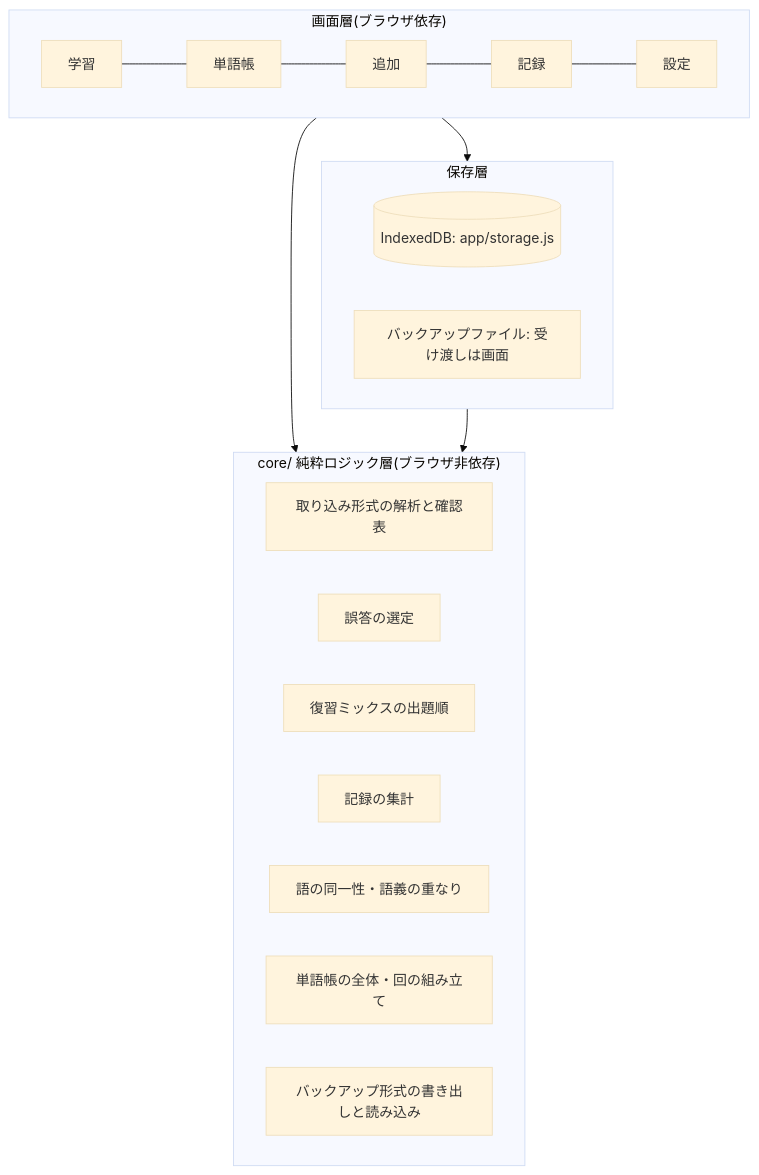
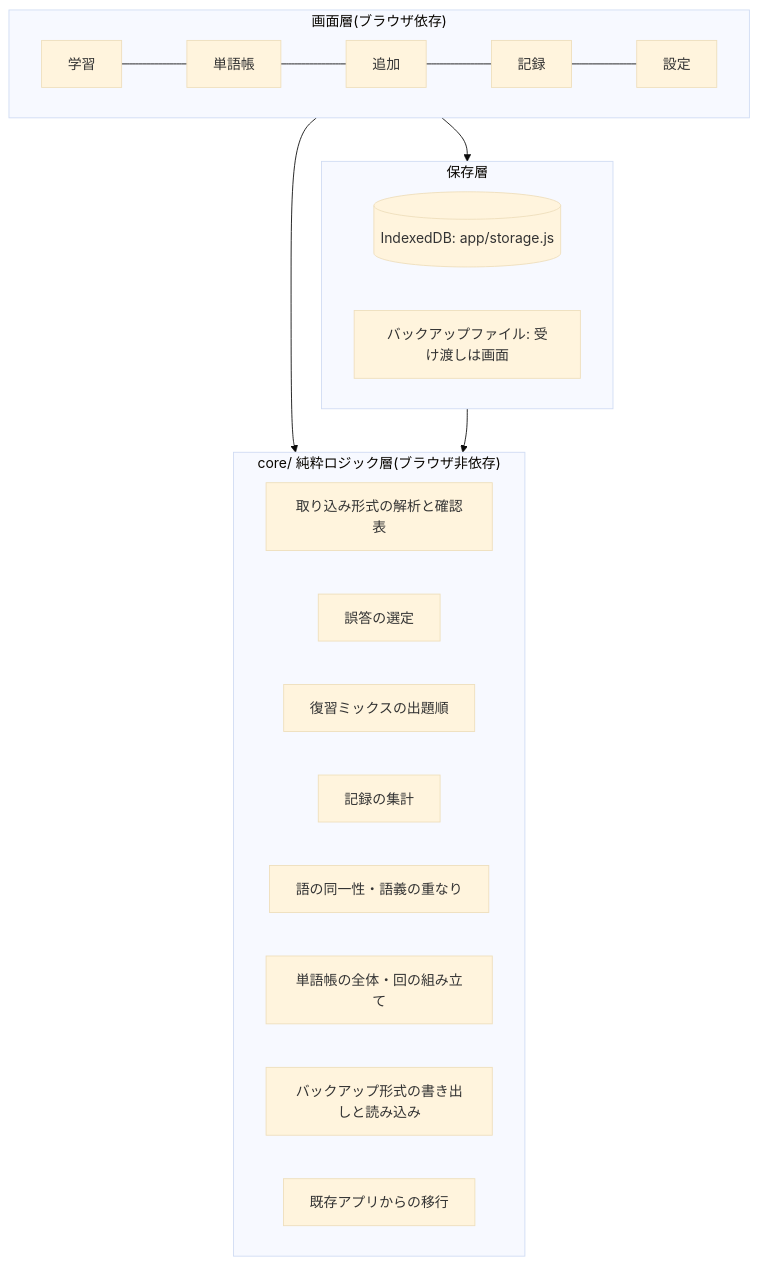
Before and after one commit to Hirano-Soura/tango-drill: the diagram in Docs/10_Design.md, drawn with Mermaid (base theme). The commit also changed other lines of this file and 10 other files, not shown here.

````diff
--- a/Docs/10_Design.md
+++ b/Docs/10_Design.md
@@ -35,25 +36,26 @@
 ```mermaid
 flowchart TB
   subgraph UI["画面層(ブラウザ依存)"]
     A[学習] --- B[単語帳]
     B --- C[追加]
     C --- D[記録]
     D --- E[設定]
   end
   subgraph CORE["core/ 純粋ロジック層(ブラウザ非依存)"]
     P[取り込み形式の解析と確認表]
     Q[誤答の選定]
     R[復習ミックスの出題順]
     S[記録の集計]
     T[語の同一性・語義の重なり]
     K[単語帳の全体・回の組み立て]
     V[バックアップ形式の書き出しと読み込み]
+    M[既存アプリからの移行]
   end
   subgraph STORE["保存層"]
     I[(IndexedDB: app/storage.js)]
     F[バックアップファイル: 受け渡しは画面]
   end
   UI --> CORE
   UI --> STORE
   STORE --> CORE
 ```
````
